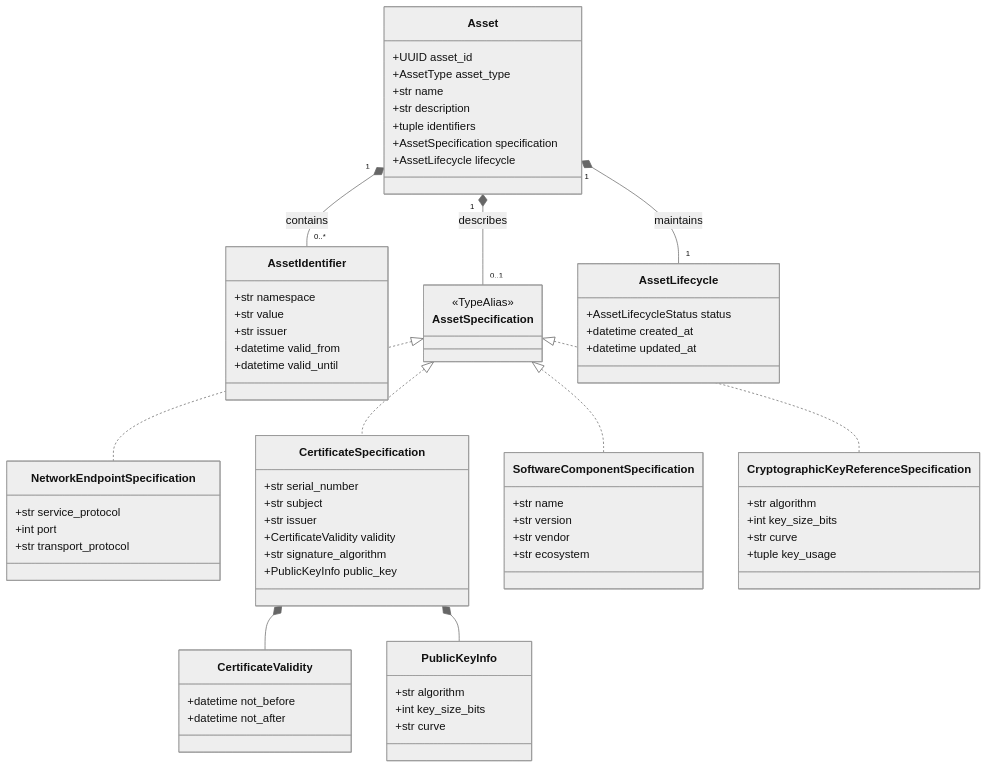
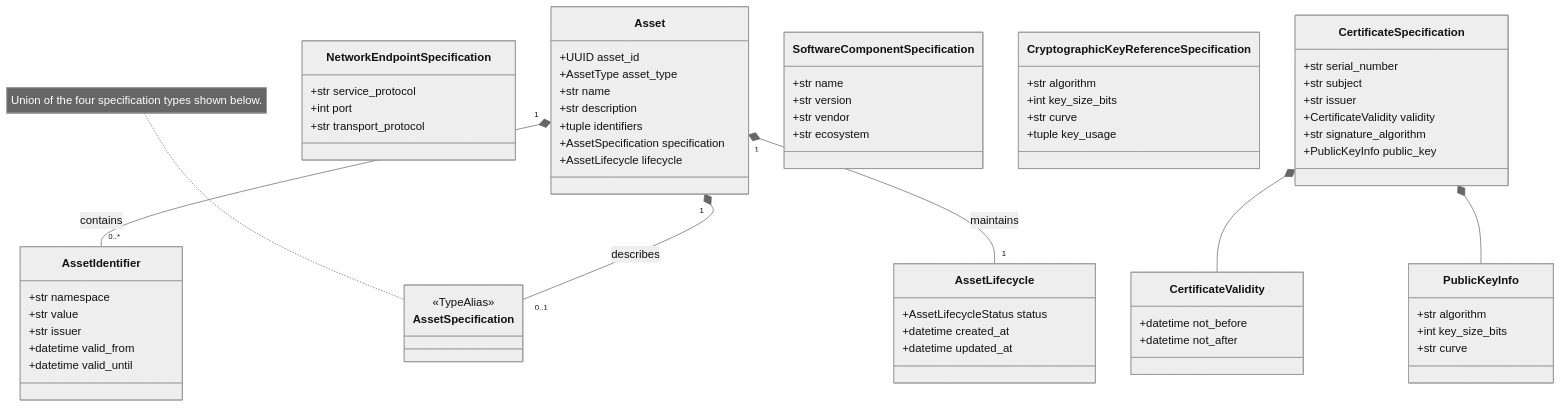
The second of 8 diagrams in docs/architecture/domain/domain-class-diagram.md (git-loa/cryptographic-inventory-pqc-risk-assessment), drawn with Mermaid (neutral theme) before and after one commit. The commit also changed other lines of this file, not shown here.

Commit message:
docs: correct domain class diagram relationships

````diff
--- a/docs/architecture/domain/domain-class-diagram.md
+++ b/docs/architecture/domain/domain-class-diagram.md
@@ -47,82 +47,79 @@
 ```mermaid
 classDiagram
     class Asset {
         +UUID asset_id
         +AssetType asset_type
         +str name
         +str description
         +tuple identifiers
         +AssetSpecification specification
         +AssetLifecycle lifecycle
     }
 
     class AssetIdentifier {
         +str namespace
         +str value
         +str issuer
         +datetime valid_from
         +datetime valid_until
     }
 
     class AssetSpecification {
         <<TypeAlias>>
     }
 
     class NetworkEndpointSpecification {
         +str service_protocol
         +int port
         +str transport_protocol
     }
 
     class CertificateSpecification {
         +str serial_number
         +str subject
         +str issuer
         +CertificateValidity validity
         +str signature_algorithm
         +PublicKeyInfo public_key
     }
 
     class CertificateValidity {
         +datetime not_before
         +datetime not_after
     }
 
     class PublicKeyInfo {
         +str algorithm
         +int key_size_bits
         +str curve
     }
 
     class SoftwareComponentSpecification {
         +str name
         +str version
         +str vendor
         +str ecosystem
     }
 
     class CryptographicKeyReferenceSpecification {
         +str algorithm
         +int key_size_bits
         +str curve
         +tuple key_usage
     }
 
     class AssetLifecycle {
         +AssetLifecycleStatus status
         +datetime created_at
         +datetime updated_at
     }
 
     Asset "1" *-- "0..*" AssetIdentifier : contains
     Asset "1" *-- "0..1" AssetSpecification : describes
     Asset "1" *-- "1" AssetLifecycle : maintains
 
-    AssetSpecification <|.. NetworkEndpointSpecification
-    AssetSpecification <|.. CertificateSpecification
-    AssetSpecification <|.. SoftwareComponentSpecification
-    AssetSpecification <|.. CryptographicKeyReferenceSpecification
+    note for AssetSpecification "Union of the four specification types shown below."
 
     CertificateSpecification *-- CertificateValidity
     CertificateSpecification *-- PublicKeyInfo
 ```
````
